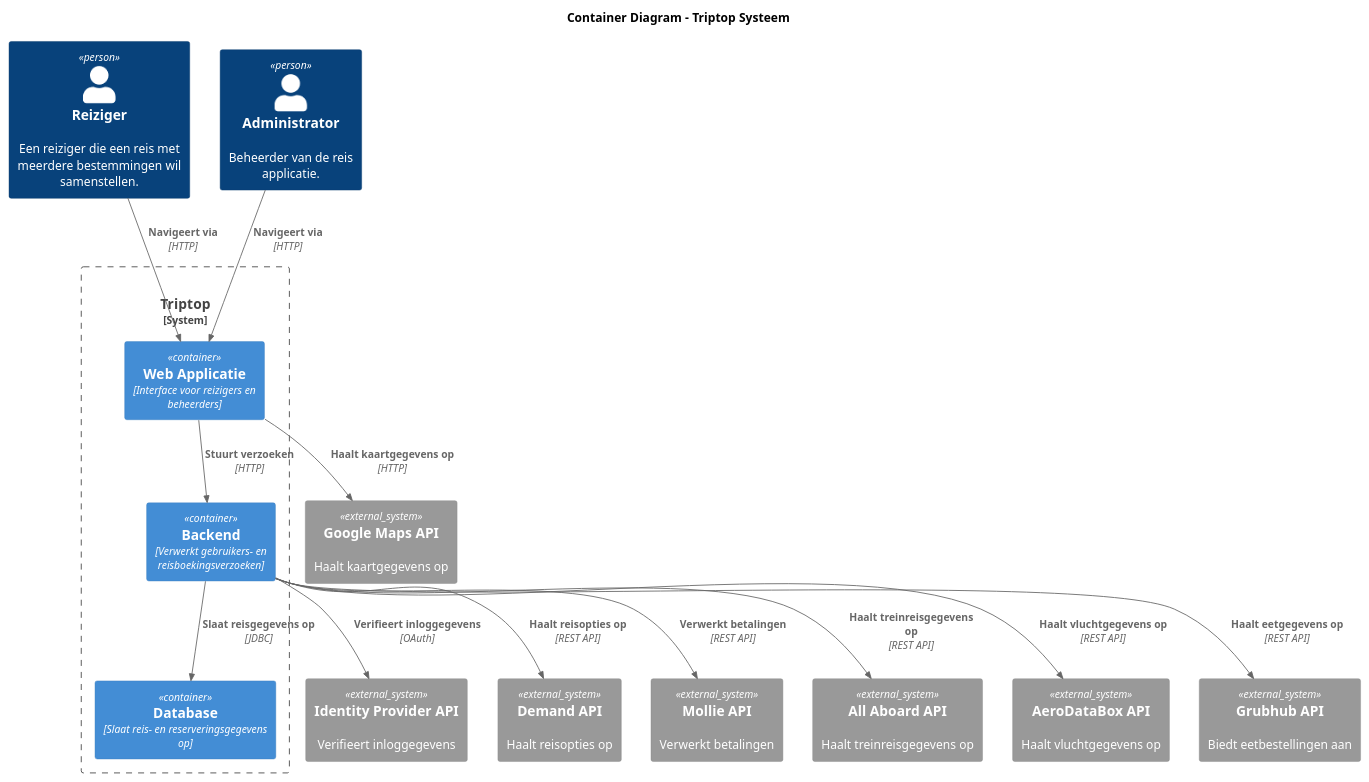
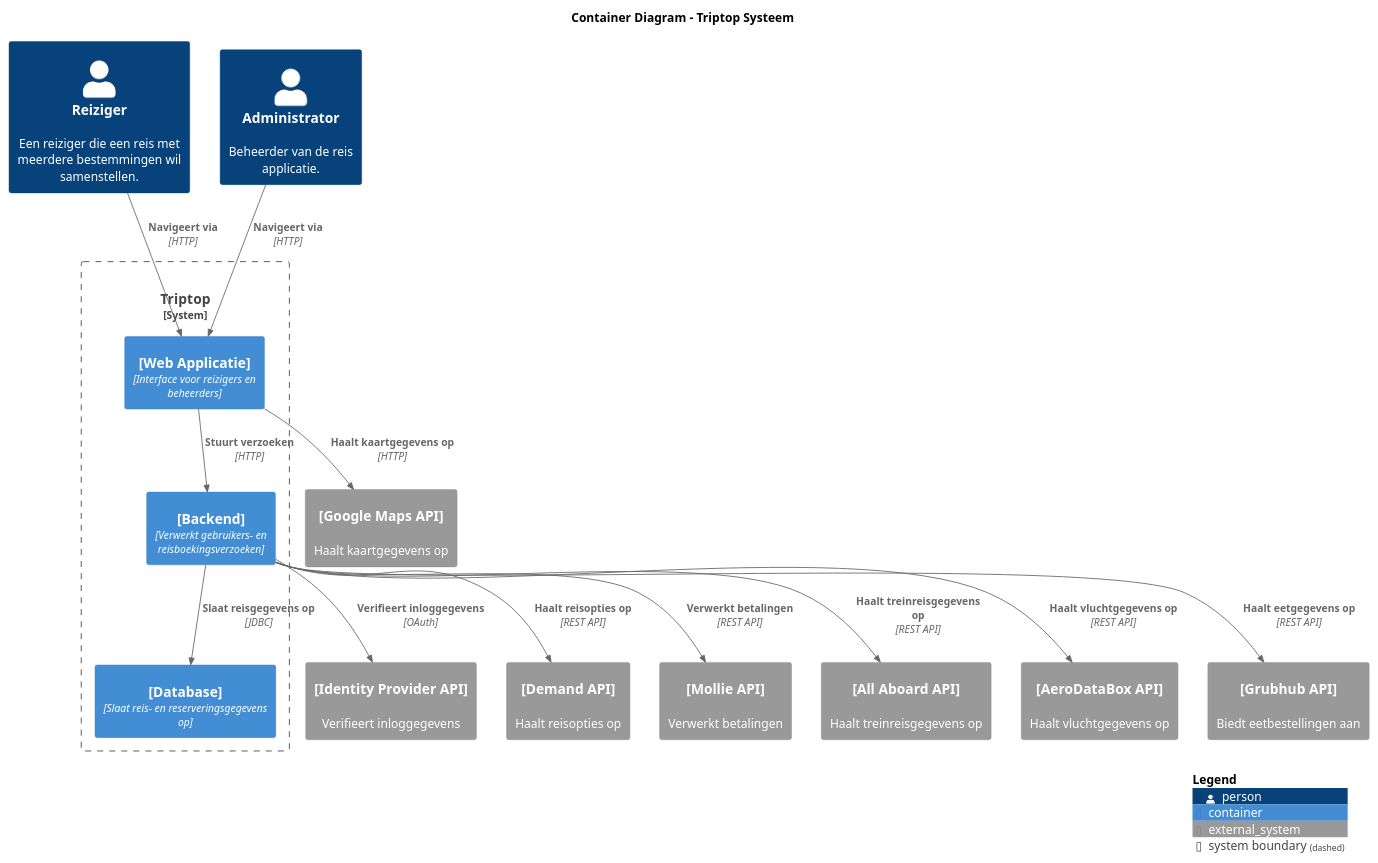
Before and after one commit to AIM-ENE-feb25/triptop-groep-b2: the diagram in container-diagram.puml, drawn with PlantUML. The commit also changed 4 other files, not shown here.

Commit message:
updated context and container diagram, + new ADR

```diff
--- a/container-diagram.puml
+++ b/container-diagram.puml
@@ -1,37 +1,45 @@
 @startuml Container_Diagram
 !include https://raw.githubusercontent.com/plantuml-stdlib/C4-PlantUML/master/C4_Container.puml
+
+skinparam {
+    rectangle {
+        StereotypeFontSize 0
+        StereotypeFontColor white
+    }
+}
 
 title Container Diagram - Triptop Systeem
 
 Person(traveller, "Reiziger", "Een reiziger die een reis met meerdere bestemmingen wil samenstellen.")
 Person(admin, "Administrator", "Beheerder van de reis applicatie.")
 
-System_Boundary(Triptop, "Triptop", "Systeem voor het samenstellen van reizen."){
-    Container(WebApp, "Web Applicatie", "Interface voor reizigers en beheerders")
-    Container(Backend, "Backend", "Verwerkt gebruikers- en reisboekingsverzoeken")
-    Container(Database, "Database", "Slaat reis- en reserveringsgegevens op")
+System_Boundary(Triptop, "Triptop", "Systeem voor het samenstellen van reizen.") {
+    Container(WebApp, "[Web Applicatie]", "Interface voor reizigers en beheerders")
+    Container(Backend, "[Backend]", "Verwerkt gebruikers- en reisboekingsverzoeken")
+    Container(Database, "[Database]", "Slaat reis- en reserveringsgegevens op")
 }
 
-System_Ext(IdentityProvider, "Identity Provider API", "Verifieert inloggegevens")
-System_Ext(DemandAPI, "Demand API", "Haalt reisopties op")
-System_Ext(MollieAPI, "Mollie API", "Verwerkt betalingen")
-System_Ext(GoogleMapsAPI, "Google Maps API", "Haalt kaartgegevens op")
-System_Ext(AllAboardAPI, "All Aboard API", "Haalt treinreisgegevens op")
-System_Ext(AeroDataBoxAPI, "AeroDataBox API", "Haalt vluchtgegevens op")
-System_Ext(GrubhubAPI, "Grubhub API", "Biedt eetbestellingen aan")
+System_Ext(IdentityProvider, "[Identity Provider API]", "Verifieert inloggegevens")
+System_Ext(DemandAPI, "[Demand API]", "Haalt reisopties op")
+System_Ext(MollieAPI, "[Mollie API]", "Verwerkt betalingen")
+System_Ext(GoogleMapsAPI, "[Google Maps API]", "Haalt kaartgegevens op")
+System_Ext(AllAboardAPI, "[All Aboard API]", "Haalt treinreisgegevens op")
+System_Ext(AeroDataBoxAPI, "[AeroDataBox API]", "Haalt vluchtgegevens op")
+System_Ext(GrubhubAPI, "[Grubhub API]", "Biedt eetbestellingen aan")
 
 Rel(traveller, WebApp, "Navigeert via", "HTTP")
 Rel(admin, WebApp, "Navigeert via", "HTTP")
 
 Rel(WebApp, Backend, "Stuurt verzoeken", "HTTP")
 Rel(WebApp, GoogleMapsAPI, "Haalt kaartgegevens op", "HTTP")
 
 Rel(Backend, Database, "Slaat reisgegevens op", "JDBC")
 Rel(Backend, IdentityProvider, "Verifieert inloggegevens", "OAuth")
 Rel(Backend, DemandAPI, "Haalt reisopties op", "REST API")
 Rel(Backend, MollieAPI, "Verwerkt betalingen", "REST API")
 Rel(Backend, AllAboardAPI, "Haalt treinreisgegevens op", "REST API")
 Rel(Backend, AeroDataBoxAPI, "Haalt vluchtgegevens op", "REST API")
 Rel(Backend, GrubhubAPI, "Haalt eetgegevens op", "REST API")
 
+SHOW_LEGEND(TRUE)
 @enduml
```
